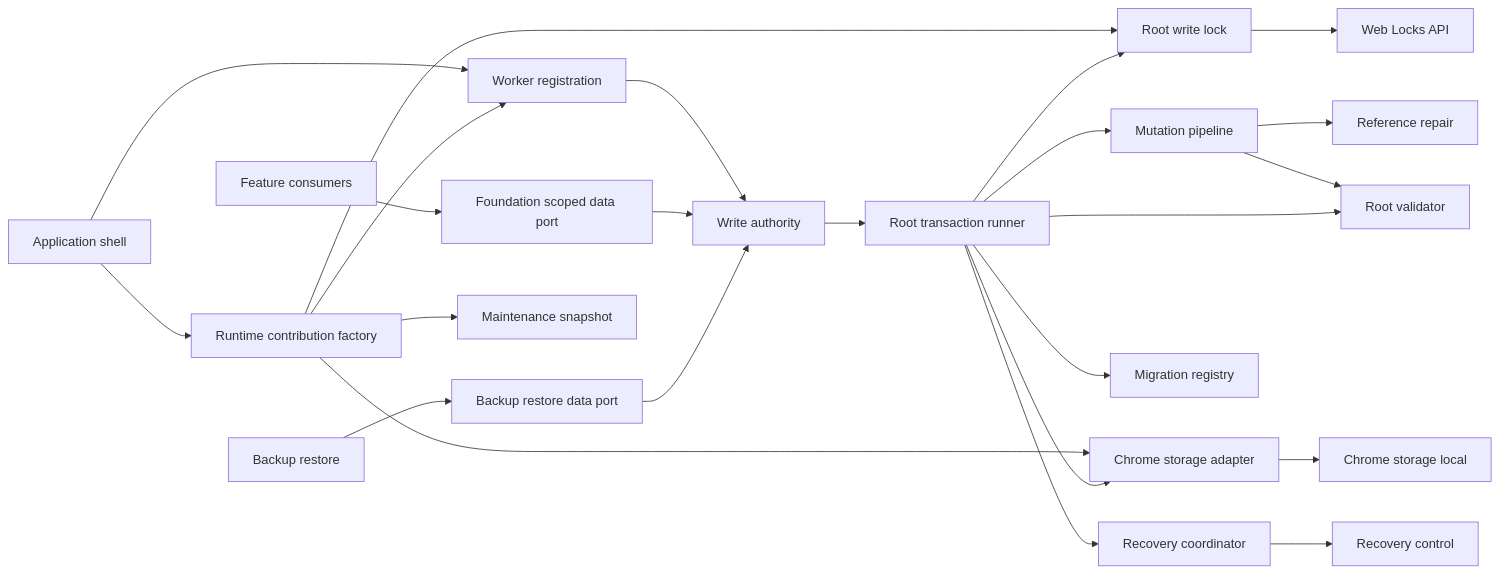
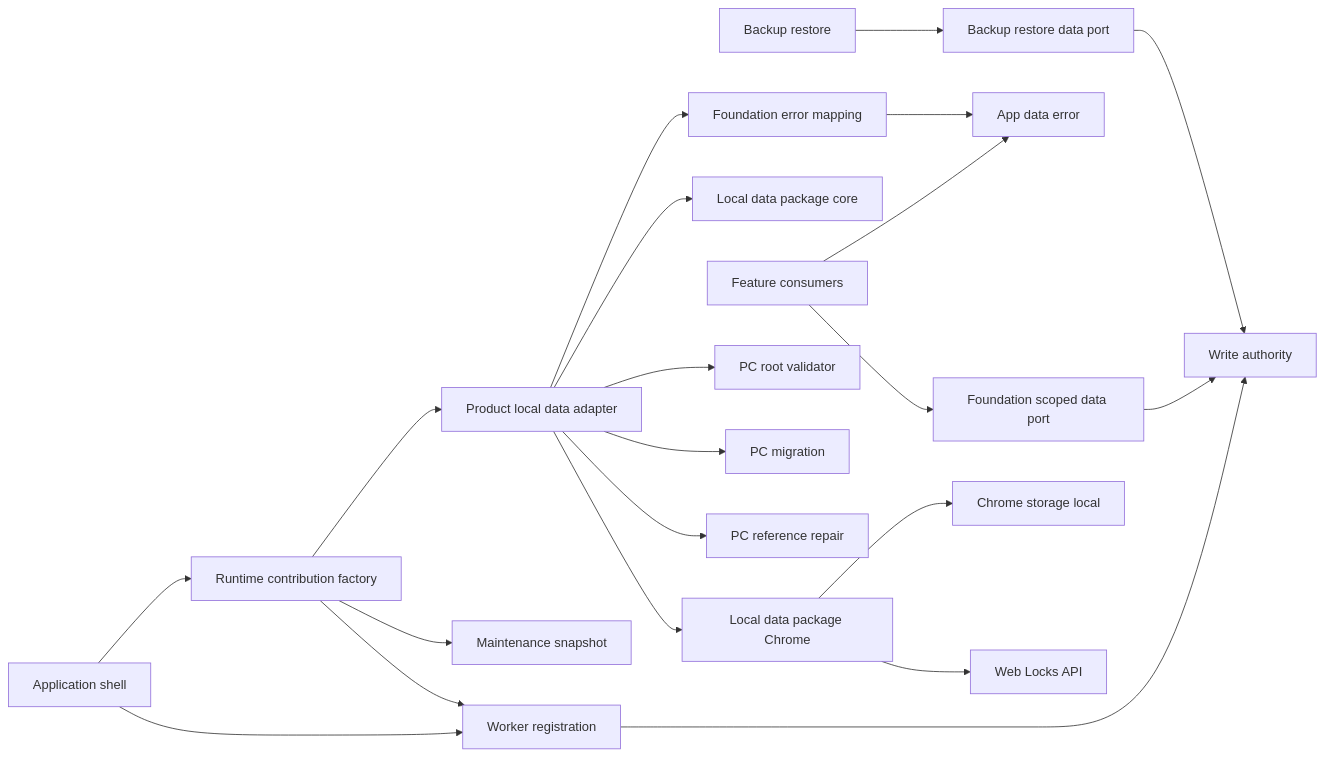
The first of 4 diagrams in .kiro/specs/local-data-foundation/design.md (Huruikagi/pc-build-planner), drawn with Mermaid before and after one commit. The commit also changed other lines of this file and 85 other files, not shown here.

````diff
--- a/.kiro/specs/local-data-foundation/design.md
+++ b/.kiro/specs/local-data-foundation/design.md
@@ -73,26 +88,23 @@
 ```mermaid
 graph LR
     Feature[Feature consumers] --> Ports[Foundation scoped data port]
+    Feature --> AppError[App data error]
     Backup[Backup restore] --> BackupPort[Backup restore data port]
     Shell[Application shell] --> Registration[Worker registration]
     Shell --> Factory[Runtime contribution factory]
     Factory --> Registration
     Factory --> Snapshot[Maintenance snapshot]
-    Factory --> Adapter
-    Factory --> Lock
+    Factory --> ProductAdapter[Product local data adapter]
+    ProductAdapter --> PackageCore[Local data package core]
+    ProductAdapter --> PackageChrome[Local data package Chrome]
     Registration --> Authority[Write authority]
     Ports --> Authority
     BackupPort --> Authority
-    Authority --> Runner[Root transaction runner]
-    Runner --> Lock[Root write lock]
-    Runner --> Mutation[Mutation pipeline]
-    Mutation --> Repair[Reference repair]
-    Mutation --> Validator[Root validator]
-    Runner --> Migration[Migration registry]
-    Runner --> Validator
-    Runner --> Adapter[Chrome storage adapter]
-    Runner --> Recovery[Recovery coordinator]
-    Recovery --> Control[Recovery control]
-    Lock --> WebLocks[Web Locks API]
-    Adapter --> Storage[Chrome storage local]
+    ProductAdapter --> Validator[PC root validator]
+    ProductAdapter --> Migration[PC migration]
+    ProductAdapter --> Repair[PC reference repair]
+    ProductAdapter --> Mapping[Foundation error mapping]
+    Mapping --> AppError
+    PackageChrome --> Storage[Chrome storage local]
+    PackageChrome --> WebLocks[Web Locks API]
 ```
````
